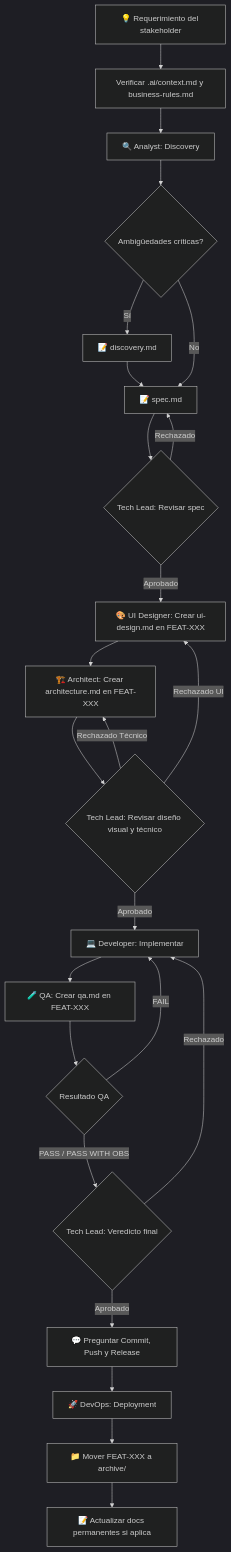
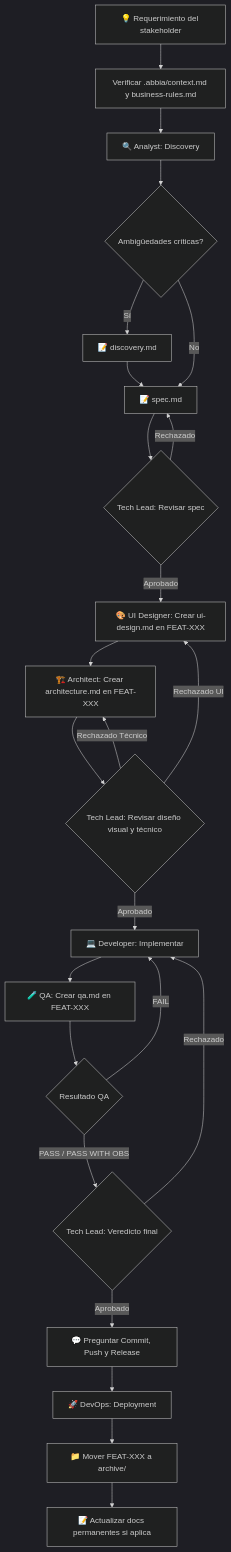
Before and after one commit to ezequielmendoza-dev/abbia-os: the diagram in workflows/new-feature.md, drawn with Mermaid (dark theme). The commit also changed other lines of this file and 81 other files, not shown here.

````diff
--- a/workflows/new-feature.md
+++ b/workflows/new-feature.md
@@ -18,26 +18,26 @@
 ```mermaid
 flowchart TD
-    A[💡 Requerimiento del stakeholder] --> B[Verificar .ai/context.md y business-rules.md]
+    A[💡 Requerimiento del stakeholder] --> B[Verificar .abbia/context.md y business-rules.md]
     B --> C[🔍 Analyst: Discovery]
     C --> D{Ambigüedades críticas?}
     D -->|Sí| E[📝 discovery.md]
     D -->|No| F[📝 spec.md]
     E --> F
     F --> G{Tech Lead: Revisar spec}
     G -->|Rechazado| F
     G -->|Aprobado| UI[🎨 UI Designer: Crear ui-design.md en FEAT-XXX]
     UI --> H[🏗️ Architect: Crear architecture.md en FEAT-XXX]
     H --> I{Tech Lead: Revisar diseño visual y técnico}
     I -->|Rechazado UI| UI
     I -->|Rechazado Técnico| H
     I -->|Aprobado| J[💻 Developer: Implementar]
     J --> K[🧪 QA: Crear qa.md en FEAT-XXX]
     K --> L{Resultado QA}
     L -->|FAIL| J
     L -->|PASS / PASS WITH OBS| M{Tech Lead: Veredicto final}
     M -->|Rechazado| J
     M -->|Aprobado| Ask[💬 Preguntar Commit, Push y Release]
     Ask --> N[🚀 DevOps: Deployment]
     N --> O[📁 Mover FEAT-XXX a archive/]
     O --> P[📝 Actualizar docs permanentes si aplica]
 ```
````
